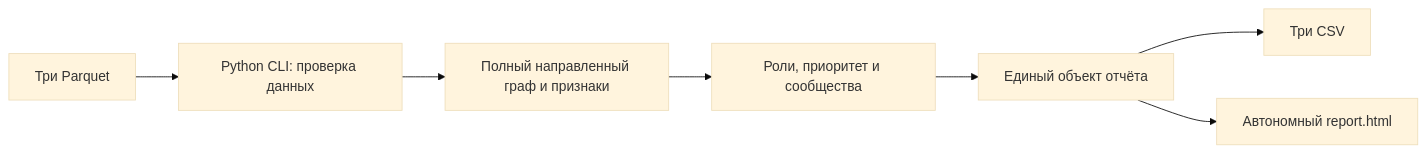
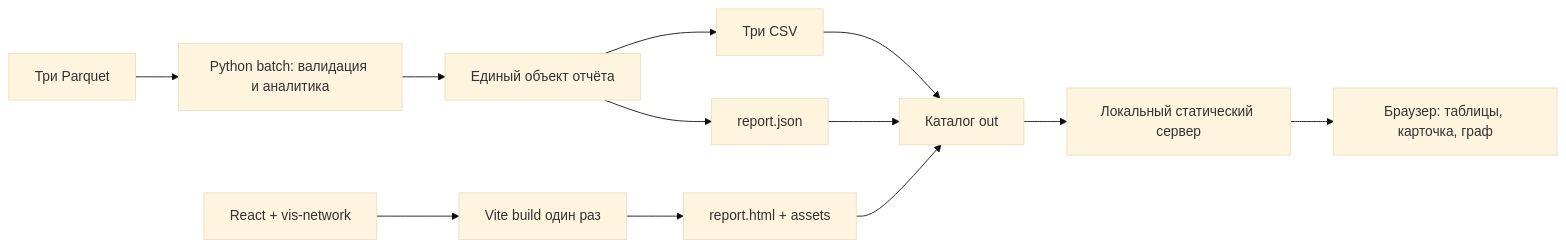
The diagram in docs/ARCHITECTURE.md (BAITC-Hacks/hack-e3bf6094-jigas), drawn with Mermaid (base theme) before and after one commit. The commit also changed other lines of this file and 3 other files, not shown here.

````diff
--- a/docs/ARCHITECTURE.md
+++ b/docs/ARCHITECTURE.md
@@ -5,9 +5,14 @@
 ```mermaid
 flowchart LR
-    A[Три Parquet] --> B[Python CLI: проверка данных]
-    B --> C[Полный направленный граф и признаки]
-    C --> D[Роли, приоритет и сообщества]
-    D --> E[Единый объект отчёта]
-    E --> F[Три CSV]
-    E --> G[Автономный report.html]
+    A[Три Parquet] --> B[Python batch: валидация и аналитика]
+    B --> C[Единый объект отчёта]
+    C --> D[Три CSV]
+    C --> E[report.json]
+    F[React + vis-network] --> G[Vite build один раз]
+    G --> H[report.html + assets]
+    D --> I[Каталог out]
+    E --> I
+    H --> I
+    I --> J[Локальный статический сервер]
+    J --> K[Браузер: таблицы, карточка, граф]
 ```
````
